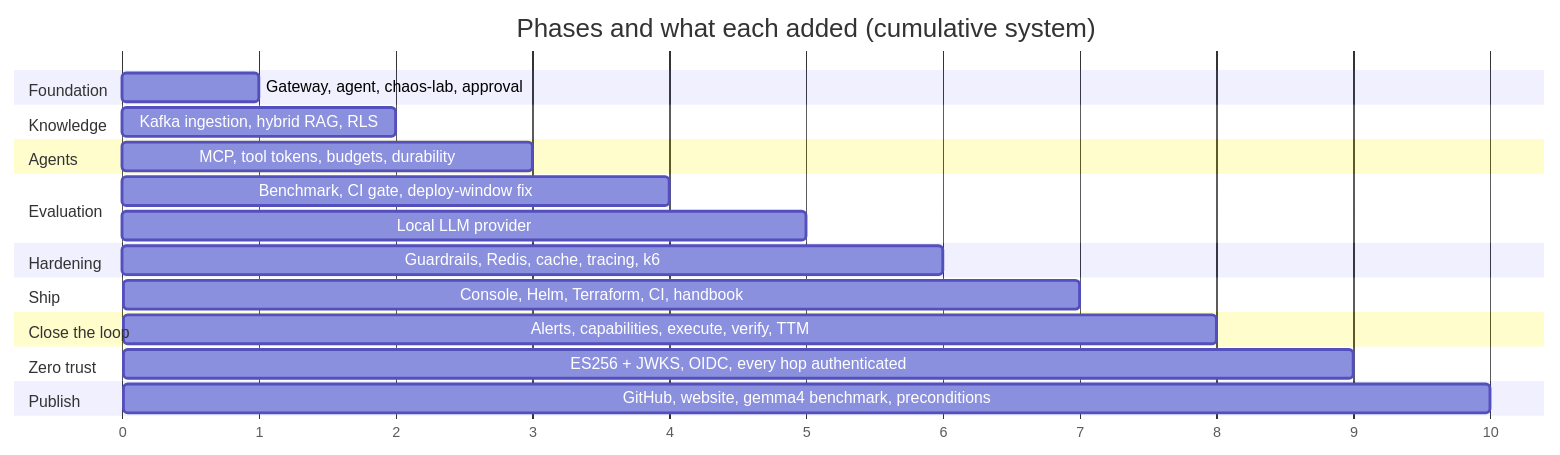
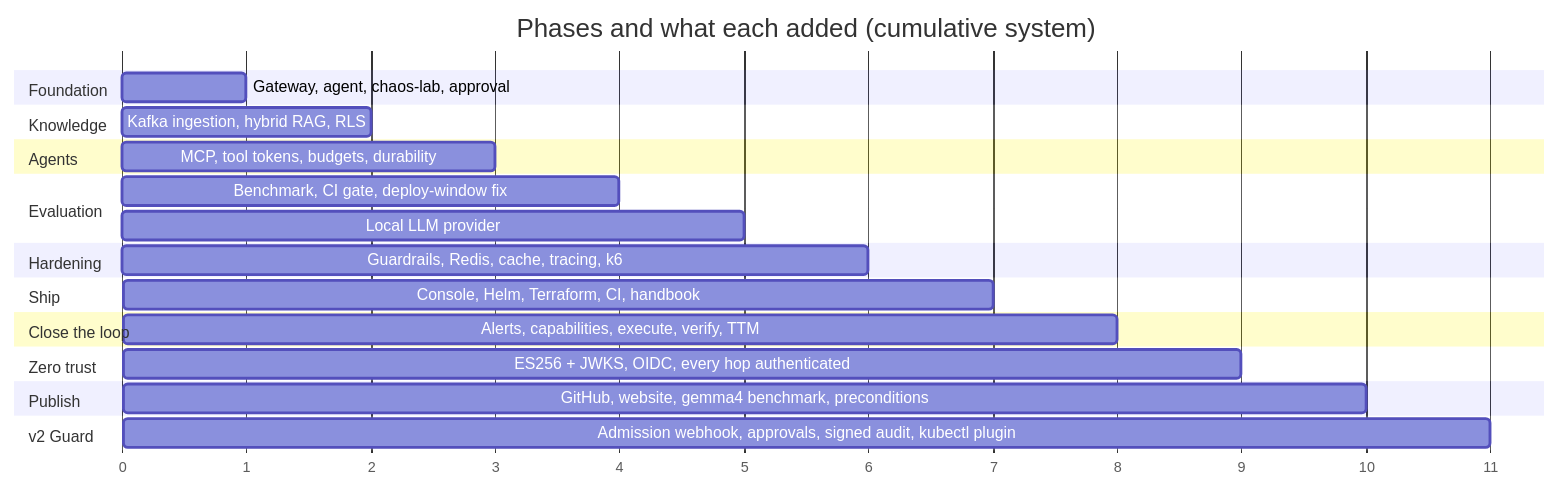
The diagram in docs/handbook/diagrams/15-gantt.mmd (abdulmdev/sentinel-incident-copilot), drawn with Mermaid before and after one commit. The commit also changed 90 other files, not shown here.

```diff
--- a/docs/handbook/diagrams/15-gantt.mmd
+++ b/docs/handbook/diagrams/15-gantt.mmd
@@ -1,23 +1,25 @@
 gantt
   title Phases and what each added (cumulative system)
   dateFormat X
   axisFormat %s
   section Foundation
   Gateway, agent, chaos-lab, approval      :p1, 0, 1
   section Knowledge
   Kafka ingestion, hybrid RAG, RLS         :p2, 1, 2
   section Agents
   MCP, tool tokens, budgets, durability    :p3, 2, 3
   section Evaluation
   Benchmark, CI gate, deploy-window fix    :p4, 3, 4
   Local LLM provider                       :p4b, 4, 5
   section Hardening
   Guardrails, Redis, cache, tracing, k6    :p5, 5, 6
   section Ship
   Console, Helm, Terraform, CI, handbook   :p6, 6, 7
   section Close the loop
   Alerts, capabilities, execute, verify, TTM :p7, 7, 8
   section Zero trust
   ES256 + JWKS, OIDC, every hop authenticated :p8, 8, 9
   section Publish
   GitHub, website, gemma4 benchmark, preconditions :p9, 9, 10
+  section v2 Guard
+  Admission webhook, approvals, signed audit, kubectl plugin :p10, 10, 11
```
